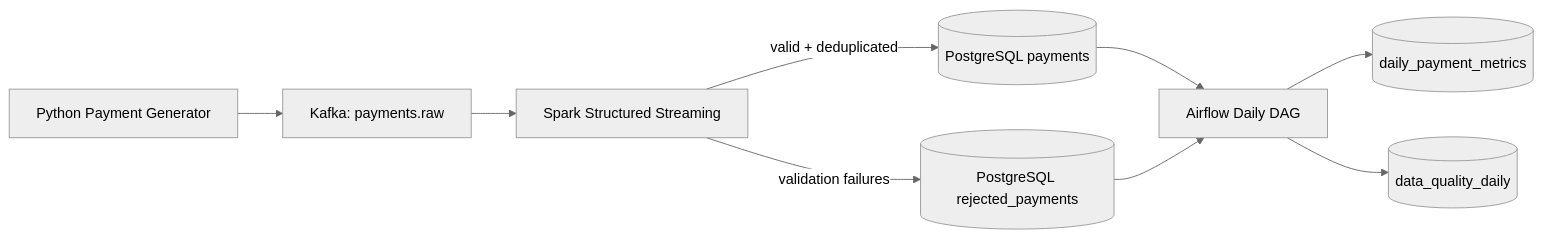
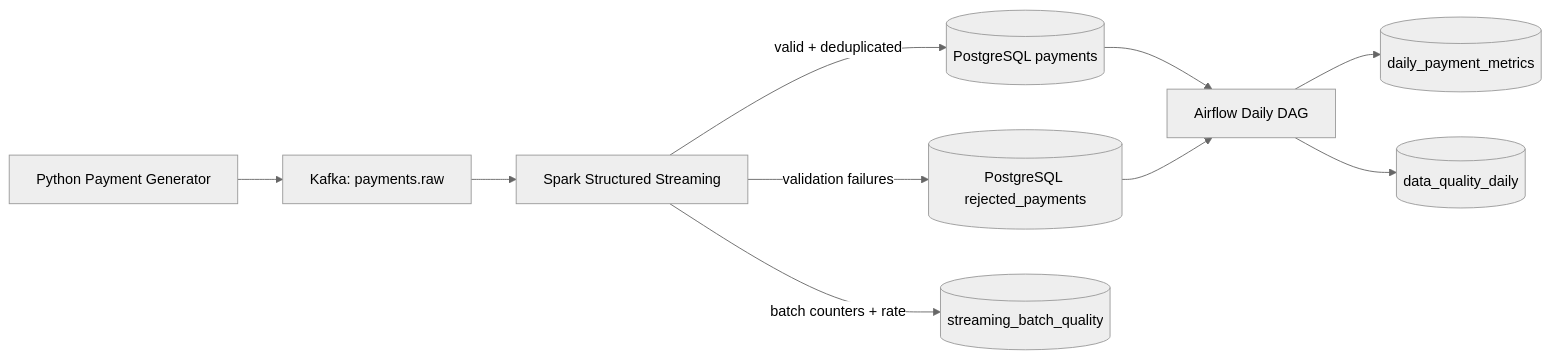
One commit to skiran336/real-time-payment-analytics-platform changed the diagram in README.md. Above: the diagram before and after it, drawn with Mermaid (neutral theme). The commit also changed other lines of this file and 7 other files, not shown here.

Commit message:
Add streaming batch data quality metrics

````diff
--- a/README.md
+++ b/README.md
@@ -9,11 +9,12 @@
 ```mermaid
 flowchart LR
     P[Python Payment Generator] --> K[Kafka: payments.raw]
     K --> S[Spark Structured Streaming]
     S -->|valid + deduplicated| PG[(PostgreSQL payments)]
     S -->|validation failures| R[(PostgreSQL rejected_payments)]
+    S -->|batch counters + rate| B[(streaming_batch_quality)]
     PG --> A[Airflow Daily DAG]
     R --> A
     A --> M[(daily_payment_metrics)]
     A --> Q[(data_quality_daily)]
 ```
````
